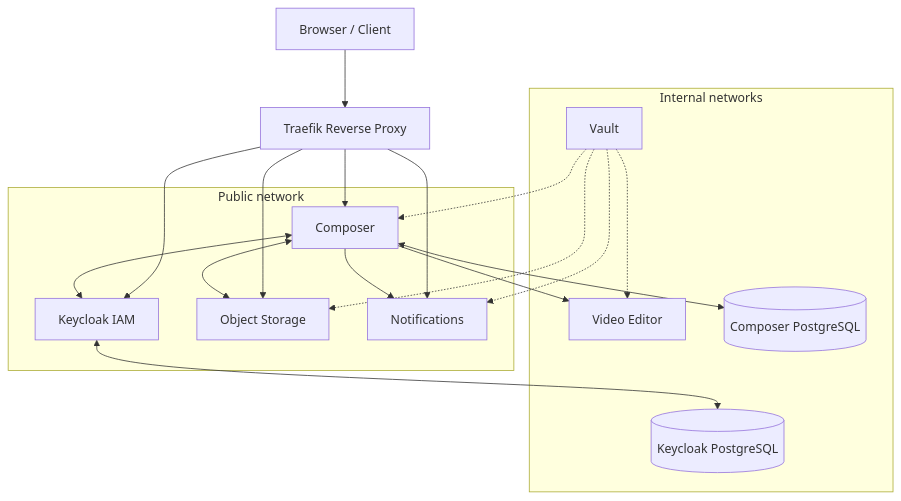
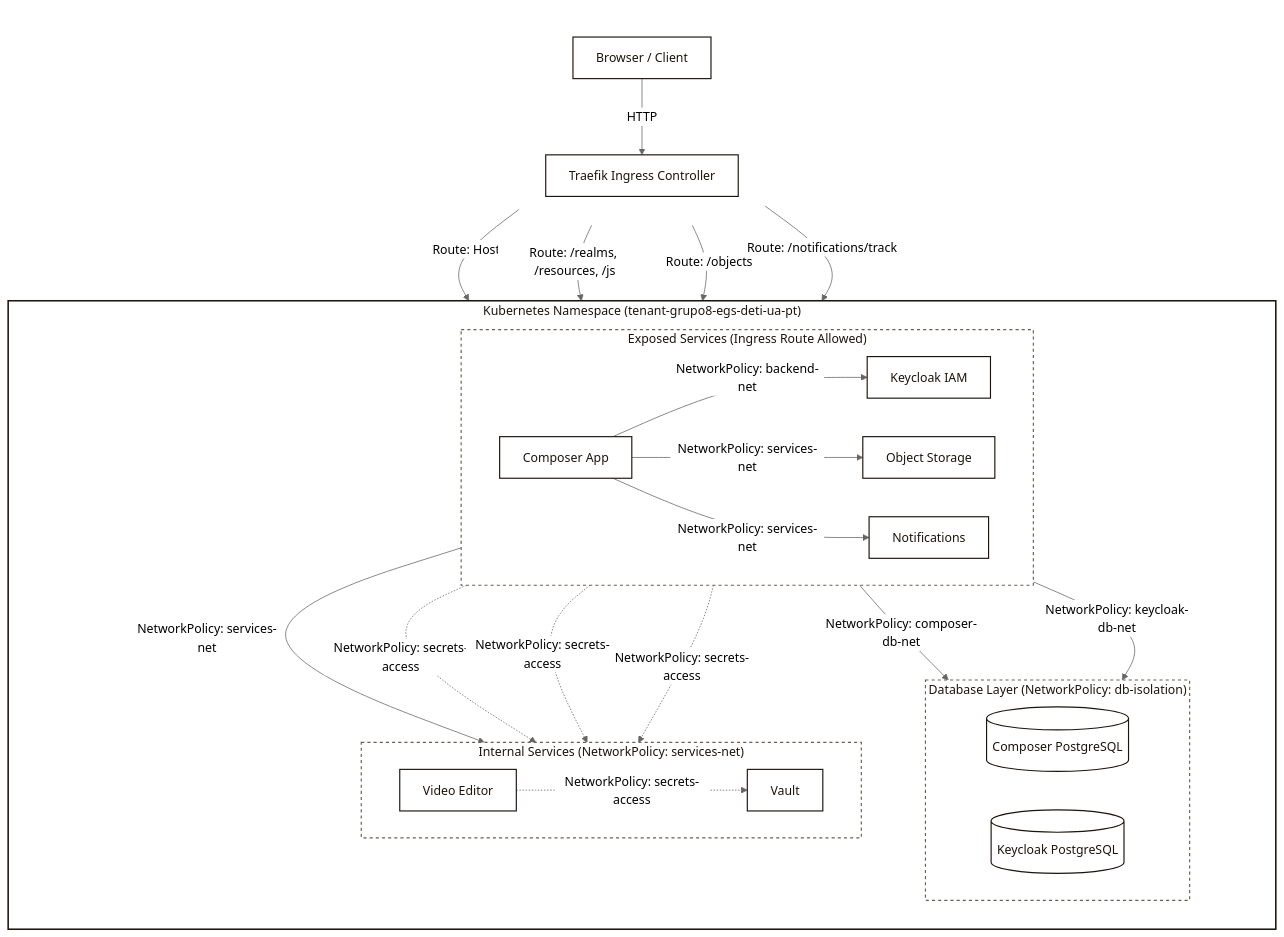
Before and after one commit to ayxor/egs: the diagram in README.md, drawn with Mermaid. The commit also changed 5 other files, not shown here.

Commit message:
feat: implement zero-trust network policies, database statefulsets, and local volume claims

````diff
--- a/README.md
+++ b/README.md
@@ -34,37 +34,67 @@
 ```mermaid
+%%{init: {'theme': 'neutral'}}%%
 flowchart TB
-    Browser[Browser / Client]
-    Traefik[Traefik Reverse Proxy]
-
-    subgraph Public[Public network]
-        Composer[Composer]
-        Keycloak[Keycloak IAM]
-        Storage[Object Storage]
-        Notify[Notifications]
+    subgraph External[" "]
+        direction TB
+        Browser[Browser / Client]
+        Ingress[Traefik Ingress Controller]
+        Browser -->|HTTP| Ingress
     end
 
-    subgraph Internal[Internal networks]
-        Editor[Video Editor]
-        Vault[Vault]
-        ComposerDB[(Composer PostgreSQL)]
-        KCDB[(Keycloak PostgreSQL)]
+    subgraph Namespace["Kubernetes Namespace (tenant-grupo8-egs-deti-ua-pt)"]
+        direction TB
+
+        subgraph PublicZone["Exposed Services (Ingress Route Allowed)"]
+            direction LR
+            Composer[Composer App]
+            Keycloak[Keycloak IAM]
+            Storage[Object Storage]
+            Notify[Notifications]
+        end
+
+        subgraph DBZone["Database Layer (NetworkPolicy: db-isolation)"]
+            direction LR
+            ComposerDB[(Composer PostgreSQL)]
+            KCDB[(Keycloak PostgreSQL)]
+        end
+
+        subgraph InternalZone["Internal Services (NetworkPolicy: services-net)"]
+            direction LR
+            Editor[Video Editor]
+            Vault[Vault]
+        end
     end
 
-    Browser --> Traefik
-    Traefik --> Composer
-    Traefik --> Keycloak
-    Traefik --> Storage
-    Traefik --> Notify
+    Ingress -->|Route: Host| Composer
+    Ingress -->|Route: /realms, /resources, /js| Keycloak
+    Ingress -->|Route: /objects| Storage
+    Ingress -->|Route: /notifications/track| Notify
 
-    Composer <--> Keycloak
-    Composer <--> ComposerDB
-    Composer <--> Storage
-    Composer --> Editor
-    Composer --> Notify
+    Composer -->|NetworkPolicy: backend-net| Keycloak
+    Composer -->|NetworkPolicy: composer-db-net| ComposerDB
+    Composer -->|NetworkPolicy: services-net| Storage
+    Composer -->|NetworkPolicy: services-net| Editor
+    Composer -->|NetworkPolicy: services-net| Notify
 
-    Keycloak <--> KCDB
-    Vault -.-> Composer
-    Vault -.-> Storage
-    Vault -.-> Editor
-    Vault -.-> Notify
+    Keycloak -->|NetworkPolicy: keycloak-db-net| KCDB
+
+    Composer -.->|NetworkPolicy: secrets-access| Vault
+    Storage -.->|NetworkPolicy: secrets-access| Vault
+    Editor -.->|NetworkPolicy: secrets-access| Vault
+    Notify -.->|NetworkPolicy: secrets-access| Vault
+
+    %% Invisible layout constraints to force Internal Services below Exposed Services
+    Notify ~~~ Editor
+    Storage ~~~ Editor
+
+    %% Explicit White Mode Styles (Overrides viewer presets)
+    classDef whiteNode fill:#ffffff,stroke:#1c140d,stroke-width:1.5px,color:#1c140d;
+    classDef zone fill:#ffffff,stroke:#6a5e50,stroke-width:1.5px,stroke-dasharray: 4 4,color:#1c140d;
+    classDef nsZone fill:#ffffff,stroke:#1c140d,stroke-width:2px,color:#1c140d;
+    classDef extZone fill:none,stroke:none;
+
+    class Browser,Ingress,Composer,Keycloak,Storage,Notify,Editor,Vault,ComposerDB,KCDB whiteNode;
+    class PublicZone,InternalZone,DBZone zone;
+    class Namespace nsZone;
+    class External extZone;
 ```
````
